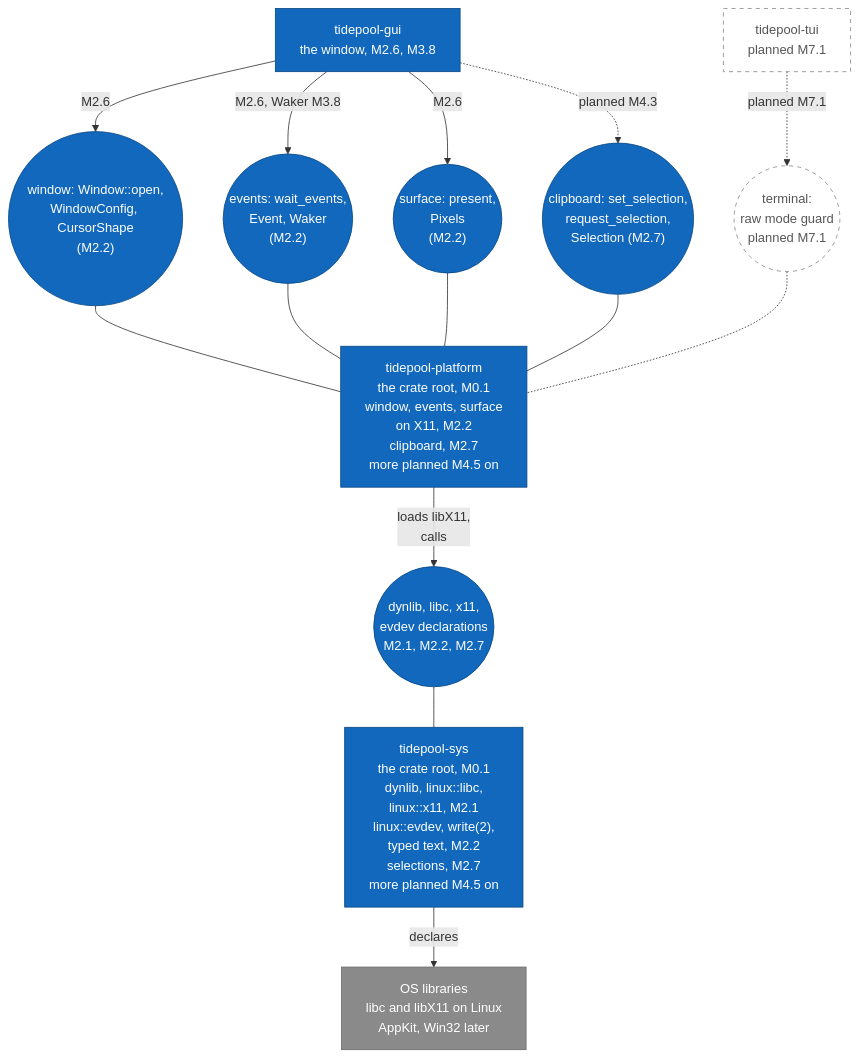
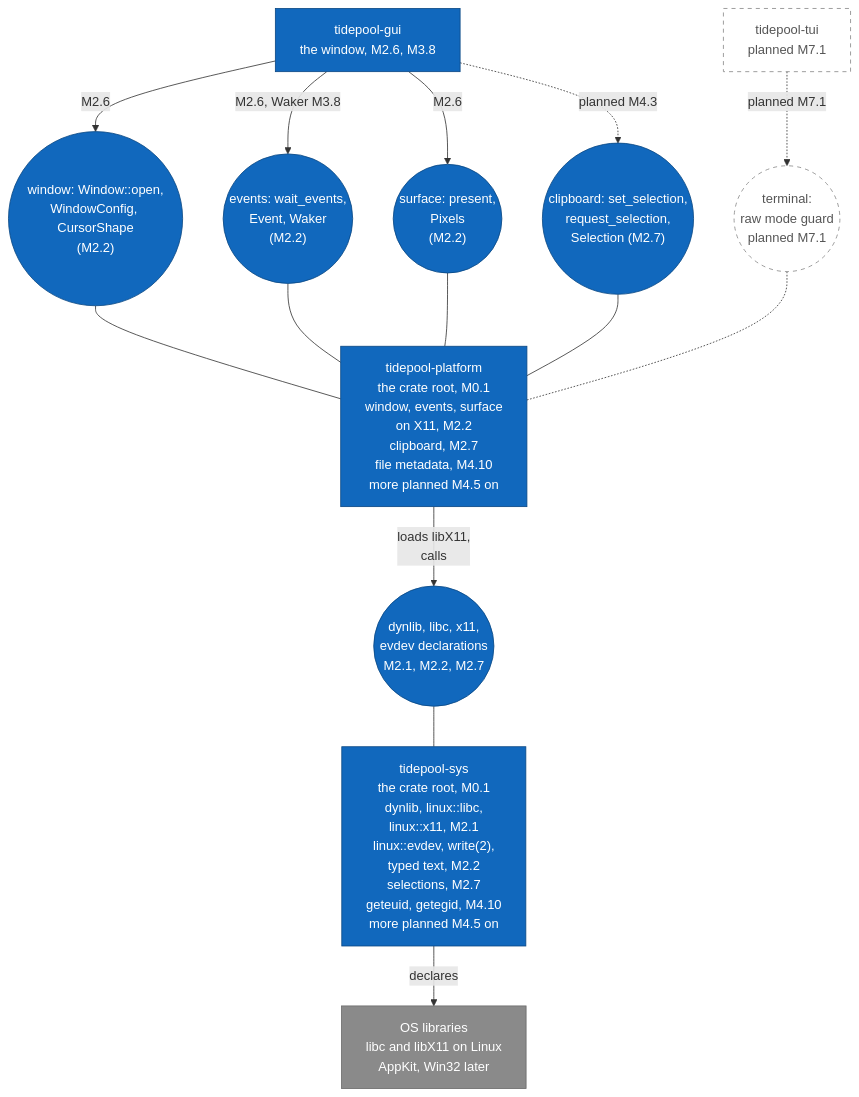
Before and after one commit to jabbott-iii/Tidepool: the seventh of 21 diagrams in diagrams/component-diagrams.md, drawn with Mermaid. The commit also changed other lines of this file and 28 other files, not shown here.

First line of the commit message:
feat(platform,sys): file metadata for saves (M4.10, ADR-0068)

````diff
--- a/diagrams/component-diagrams.md
+++ b/diagrams/component-diagrams.md
@@ -454,40 +454,40 @@
 ```mermaid
 flowchart TB
     c_gui["tidepool-gui<br/>the window, M2.6, M3.8"]
     c_tui["tidepool-tui<br/>planned M7.1"]
 
     i_window(("window: Window::open,<br/>WindowConfig, CursorShape<br/>(M2.2)"))
     i_events(("events: wait_events,<br/>Event, Waker<br/>(M2.2)"))
     i_surface(("surface: present,<br/>Pixels<br/>(M2.2)"))
     i_clip(("clipboard: set_selection,<br/>request_selection,<br/>Selection (M2.7)"))
     i_terminal(("terminal:<br/>raw mode guard<br/>planned M7.1"))
 
-    c_platform["tidepool-platform<br/>the crate root, M0.1<br/>window, events, surface<br/>on X11, M2.2<br/>clipboard, M2.7<br/>more planned M4.5 on"]
+    c_platform["tidepool-platform<br/>the crate root, M0.1<br/>window, events, surface<br/>on X11, M2.2<br/>clipboard, M2.7<br/>file metadata, M4.10<br/>more planned M4.5 on"]
     i_decl(("dynlib, libc, x11,<br/>evdev declarations<br/>M2.1, M2.2, M2.7"))
-    c_sys["tidepool-sys<br/>the crate root, M0.1<br/>dynlib, linux::libc,<br/>linux::x11, M2.1<br/>linux::evdev, write(2),<br/>typed text, M2.2<br/>selections, M2.7<br/>more planned M4.5 on"]
+    c_sys["tidepool-sys<br/>the crate root, M0.1<br/>dynlib, linux::libc,<br/>linux::x11, M2.1<br/>linux::evdev, write(2),<br/>typed text, M2.2<br/>selections, M2.7<br/>geteuid, getegid, M4.10<br/>more planned M4.5 on"]
     e_os["OS libraries<br/>libc and libX11 on Linux<br/>AppKit, Win32 later"]
 
     c_gui -->|"M2.6"| i_window
     c_gui -->|"M2.6, Waker M3.8"| i_events
     c_gui -->|"M2.6"| i_surface
     c_gui -.->|"planned M4.3"| i_clip
     c_tui -.->|"planned M7.1"| i_terminal
 
     i_window --- c_platform
     i_events --- c_platform
     i_surface --- c_platform
     i_clip --- c_platform
     i_terminal -.- c_platform
 
     c_platform -->|"loads libX11,<br/>calls"| i_decl
     i_decl --- c_sys
     c_sys -->|"declares"| e_os
 
     classDef built fill:#1168bd,stroke:#0b4884,color:#ffffff
     classDef external fill:#8a8a8a,stroke:#6b6b6b,color:#ffffff
     classDef planned fill:#ffffff,stroke:#888888,stroke-dasharray: 5 5,color:#555555
     class c_platform,c_sys,c_gui,i_decl,i_window,i_events,i_surface,i_clip built
     class c_tui planned
     class i_terminal planned
     class e_os external
 ```
````
